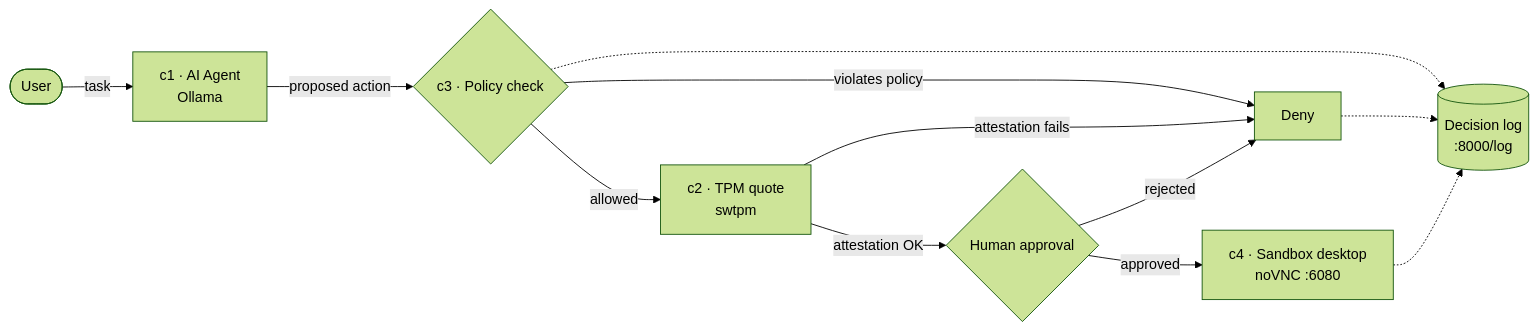
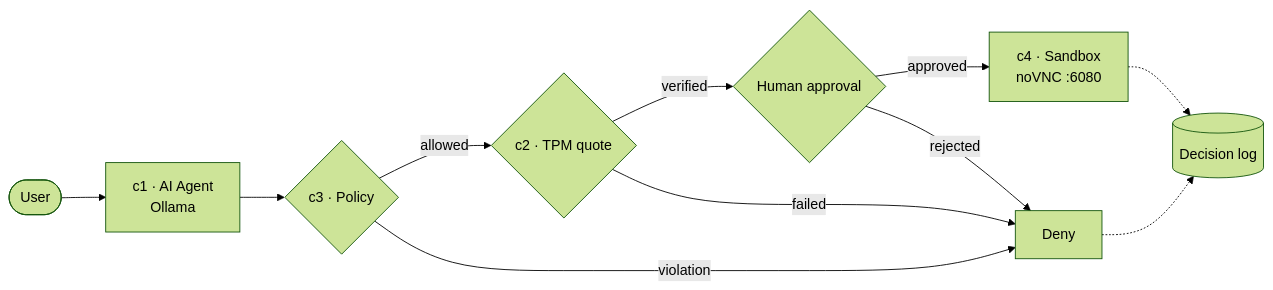
The diagram in README.md (SurendraS26/trustedge), drawn with Mermaid (forest theme) before and after one commit. The commit also changed other lines of this file, not shown here.

````diff
--- a/README.md
+++ b/README.md
@@ -64,14 +65,15 @@
 ```mermaid
 flowchart LR
-    U([User]) -->|task| A[c1 · AI Agent<br/>Ollama]
-    A -->|proposed action| P{c3 · Policy check}
-    P -->|violates policy| D[Deny]
-    P -->|allowed| T[c2 · TPM quote<br/>swtpm]
-    T -->|attestation fails| D
-    T -->|attestation OK| H{Human approval}
+    U([User]) --> A[c1 · AI Agent<br/>Ollama]
+    A --> P{c3 · Policy}
+    P -->|allowed| T{c2 · TPM quote}
+    T -->|verified| H{Human approval}
+    H -->|approved| S[c4 · Sandbox<br/>noVNC :6080]
+
+    P -->|violation| D[Deny]
+    T -->|failed| D
     H -->|rejected| D
-    H -->|approved| S[c4 · Sandbox desktop<br/>noVNC :6080]
-    P -.-> L[(Decision log<br/>:8000/log)]
+
+    S -.-> L[(Decision log)]
     D -.-> L
-    S -.-> L
 ```
````
